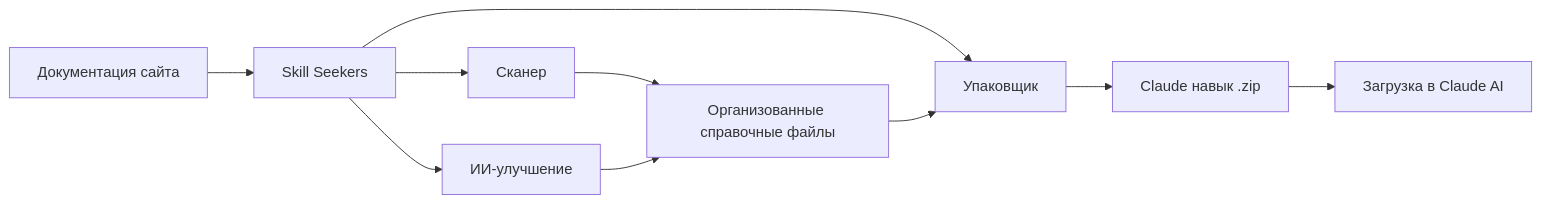
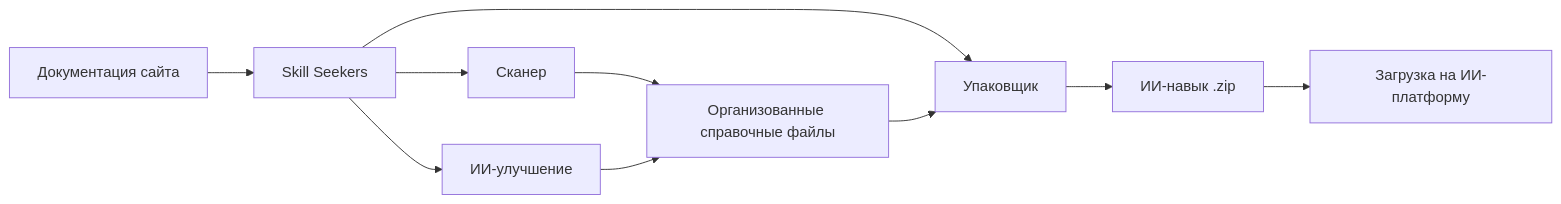
The diagram in README.ru.md (yusufkaraaslan/Skill_Seekers), drawn with Mermaid before and after one commit. The commit also changed other lines of this file and 38 other files, not shown here.

````diff
--- a/README.ru.md
+++ b/README.ru.md
@@ -765,12 +952,12 @@
 ```mermaid
 graph LR
     A[Документация сайта] --> B[Skill Seekers]
     B --> C[Сканер]
     B --> D[ИИ-улучшение]
     B --> E[Упаковщик]
     C --> F[Организованные справочные файлы]
     D --> F
     F --> E
-    E --> G[Claude навык .zip]
-    G --> H[Загрузка в Claude AI]
+    E --> G[ИИ-навык .zip]
+    G --> H[Загрузка на ИИ-платформу]
 ```
````
